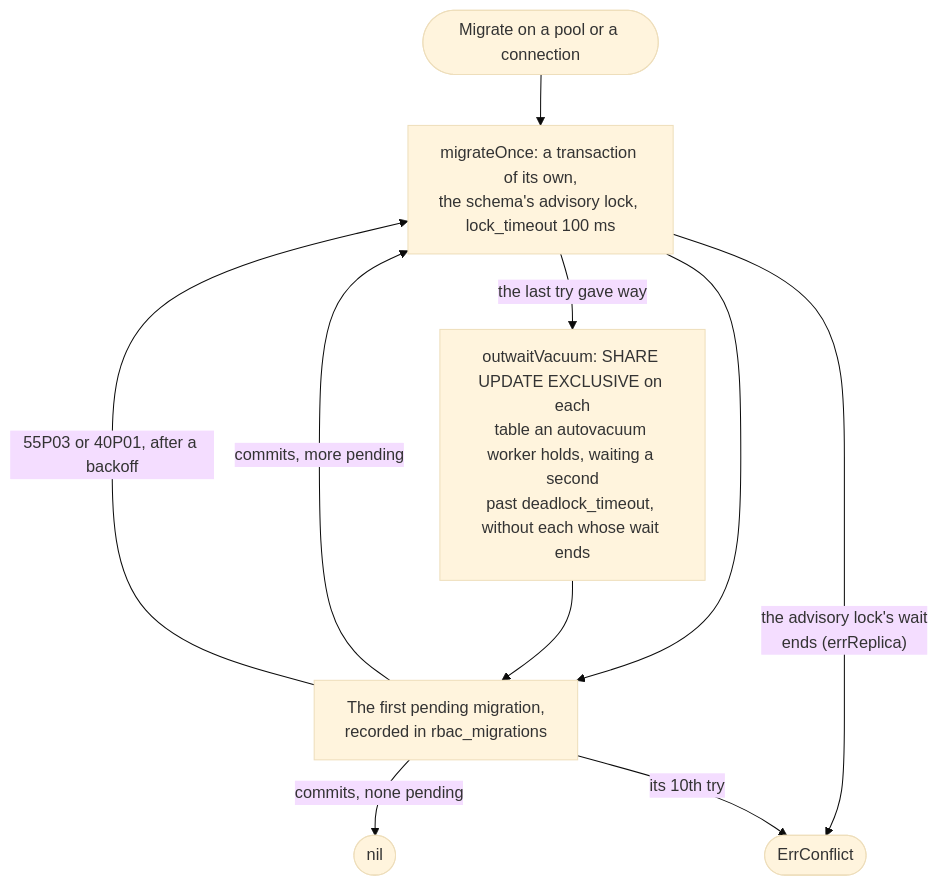
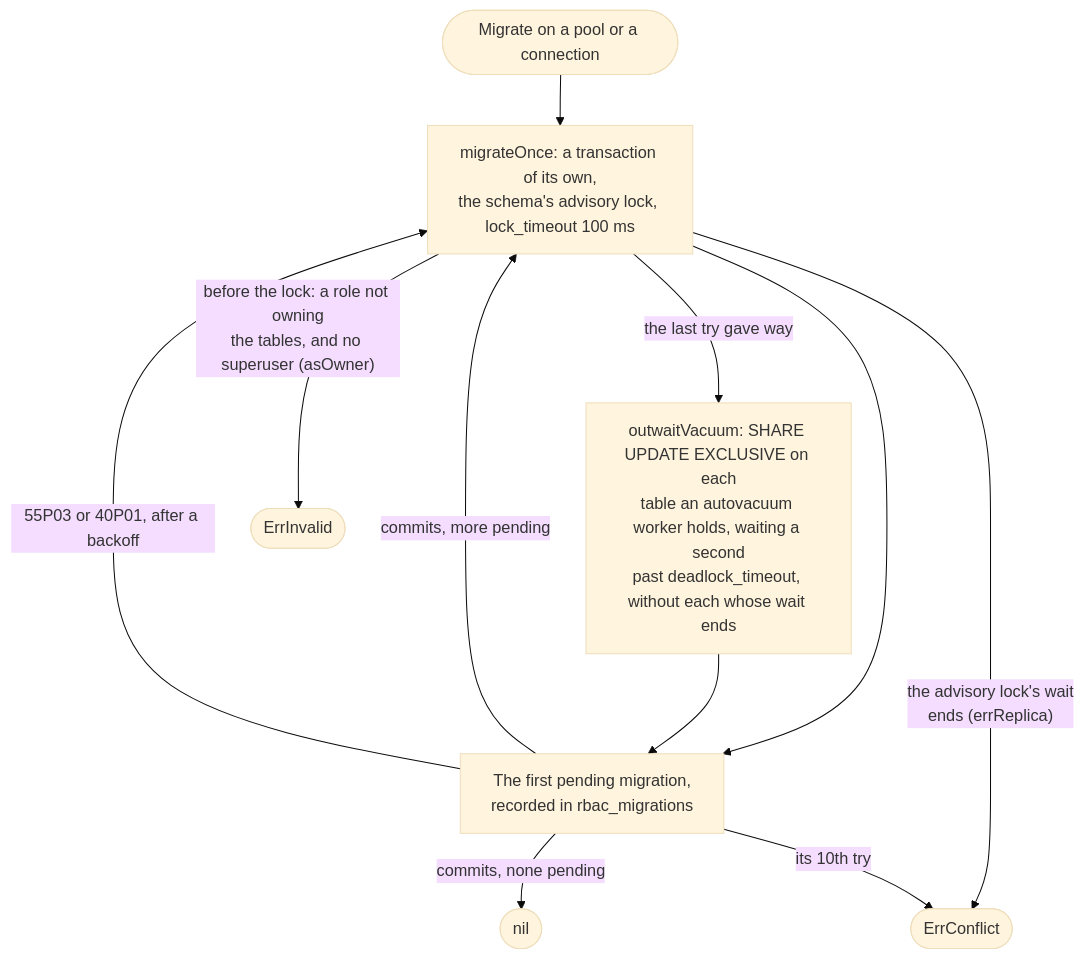
Diagram 12 of 14 in docs/architecture.md (parallelworks/rbac), drawn with Mermaid (base theme) before and after one commit. The commit also changed other lines of this file and 8 other files, not shown here.

````diff
--- a/docs/architecture.md
+++ b/docs/architecture.md
@@ -1372,12 +1388,13 @@
 ```mermaid
 flowchart TB
     start(["Migrate on a pool or a connection"]) --> tx["migrateOnce: a transaction of its own,<br/>the schema's advisory lock, lock_timeout 100 ms"]
     tx -->|"the last try gave way"| vac["outwaitVacuum: SHARE UPDATE EXCLUSIVE on each<br/>table an autovacuum worker holds, waiting a second<br/>past deadlock_timeout, without each whose wait ends"]
     tx --> one["The first pending migration,<br/>recorded in rbac_migrations"]
     vac --> one
     one -->|"commits, more pending"| tx
     one -->|"commits, none pending"| done(["nil"])
     tx -->|"the advisory lock's wait<br/>ends (errReplica)"| conflict(["ErrConflict"])
+    tx -->|"before the lock: a role not owning<br/>the tables, and no superuser (asOwner)"| invalid(["ErrInvalid"])
     one -->|"55P03 or 40P01, after a backoff"| tx
     one -->|"its 10th try"| conflict
 ```
````
